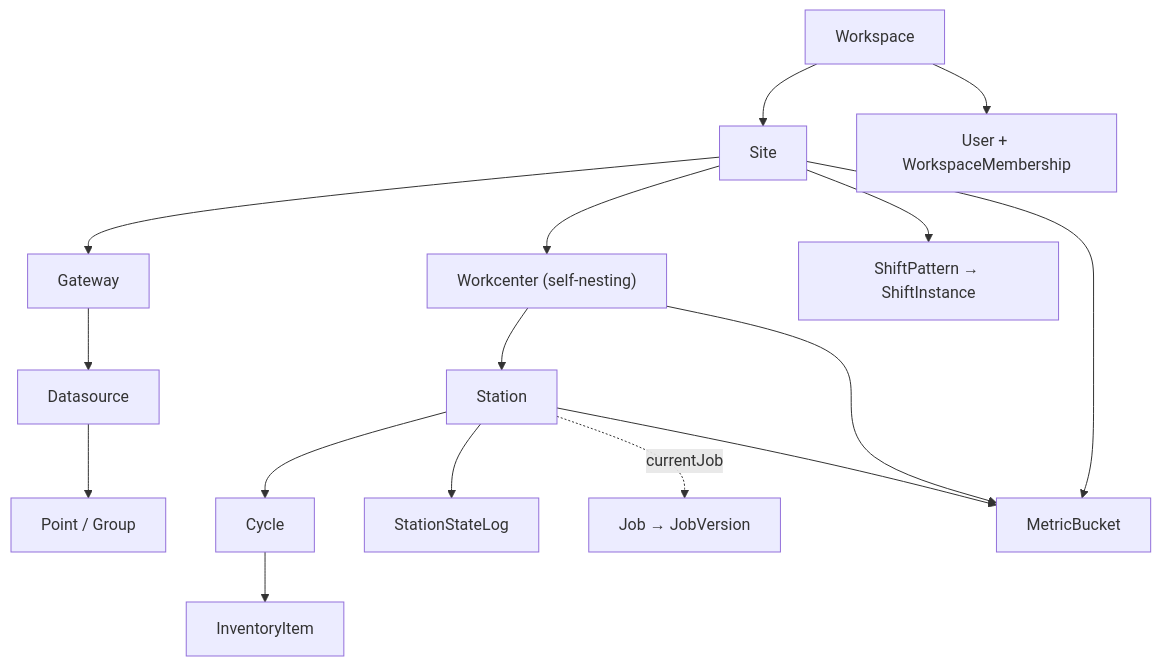
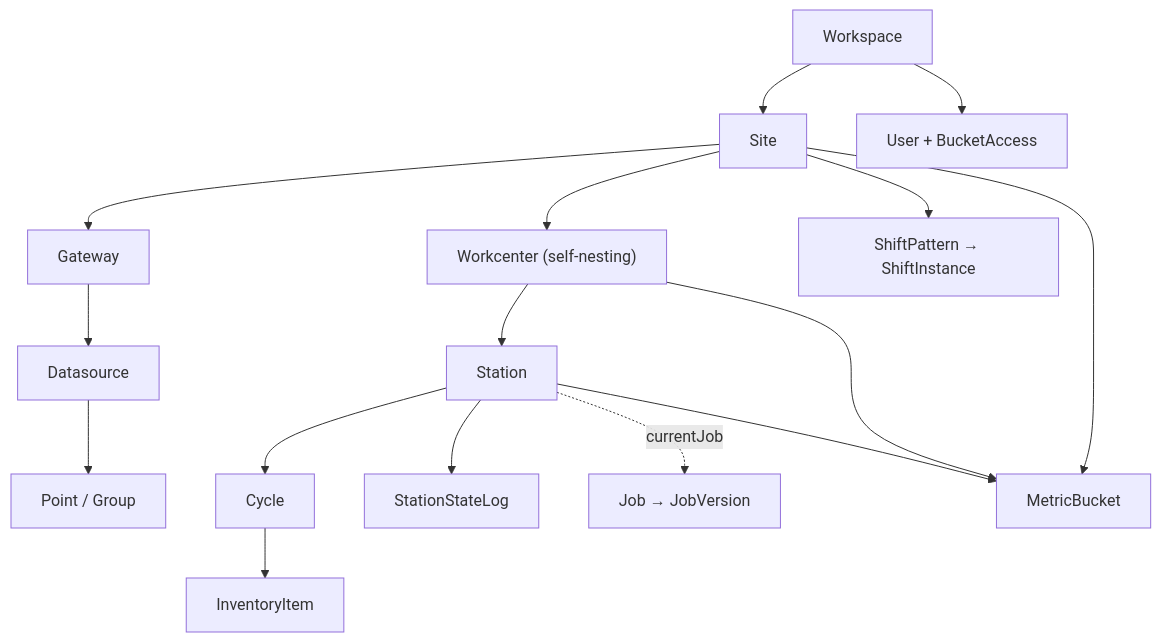
One commit to rockwarehq/rw-server changed the diagram in docs/architecture/data-model.md. Above: the diagram before and after it, drawn with Mermaid. The commit also changed 32 other files, not shown here.

````diff
--- a/docs/architecture/data-model.md
+++ b/docs/architecture/data-model.md
@@ -7,15 +7,15 @@
 ```mermaid
 graph TD
   ws[Workspace] --> site[Site]
-  ws --> user[User + WorkspaceMembership]
+  ws --> user[User + BucketAccess]
   site --> wc["Workcenter (self-nesting)"]
   wc --> st[Station]
   site --> gw[Gateway] --> ds[Datasource] --> pt[Point / Group]
   st --> cy[Cycle] --> inv[InventoryItem]
   st --> ssl[StationStateLog]
   site --> shift[ShiftPattern → ShiftInstance]
   st -.currentJob.-> job[Job → JobVersion]
   st --> mb[MetricBucket]
   wc --> mb
   site --> mb
 ```
````
